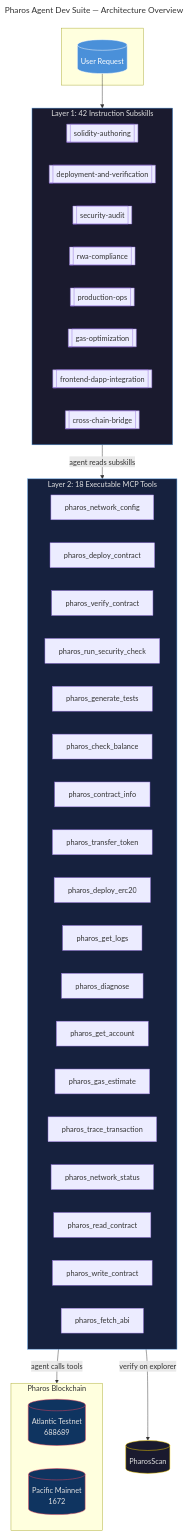
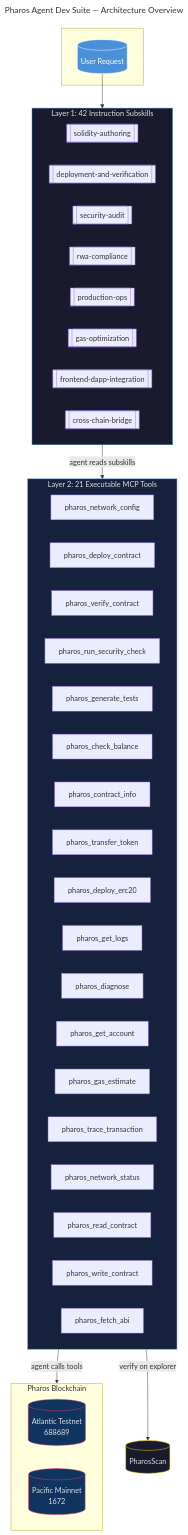
The first of 5 diagrams in CASCADE.md (tejas0111/Pharos), drawn with Mermaid before and after one commit. The commit also changed other lines of this file and 10 other files, not shown here.

````diff
--- a/CASCADE.md
+++ b/CASCADE.md
@@ -3,59 +3,59 @@
 ```mermaid
 ---
 title: Pharos Agent Dev Suite — Architecture Overview
 ---
 flowchart TB
     subgraph User[" "]
         REQ[("User Request")]
     end
 
     subgraph L1["Layer 1: 42 Instruction Subskills"]
         direction LR
         S1[[solidity-authoring]]
         S2[[deployment-and-verification]]
         S3[[security-audit]]
         S4[[rwa-compliance]]
         S5[[production-ops]]
         S6[[gas-optimization]]
         S7[[frontend-dapp-integration]]
         S8[[cross-chain-bridge]]
     end
 
-    subgraph L2["Layer 2: 18 Executable MCP Tools"]
+    subgraph L2["Layer 2: 21 Executable MCP Tools"]
         T1[pharos_network_config]
         T2[pharos_deploy_contract]
         T3[pharos_verify_contract]
         T4[pharos_run_security_check]
         T5[pharos_generate_tests]
         T6[pharos_check_balance]
         T7[pharos_contract_info]
         T8[pharos_transfer_token]
         T9[pharos_deploy_erc20]
         T10[pharos_get_logs]
         T11[pharos_diagnose]
         T12[pharos_get_account]
         T13[pharos_gas_estimate]
         T14[pharos_trace_transaction]
         T15[pharos_network_status]
         T16[pharos_read_contract]
         T17[pharos_write_contract]
         T18[pharos_fetch_abi]
     end
 
     subgraph Pharos["Pharos Blockchain"]
         AT[("Atlantic Testnet\n688689")]
         PM[("Pacific Mainnet\n1672")]
     end
 
     REQ --> L1
     L1 -->|agent reads subskills| L2
     L2 -->|agent calls tools| Pharos
     L2 -->|verify on explorer| EXP[("PharosScan")]
 
     style REQ fill:#4a90d9,color:#fff,stroke:#fff
     style L1 fill:#1a1a2e,color:#e0e0e0,stroke:#4a90d9
     style L2 fill:#16213e,color:#e0e0e0,stroke:#4a90d9
     style AT fill:#0f3460,color:#e0e0e0,stroke:#e94560
     style PM fill:#0f3460,color:#e0e0e0,stroke:#e94560
     style EXP fill:#1a1a2e,color:#e0e0e0,stroke:#ffd700
 ```
````
